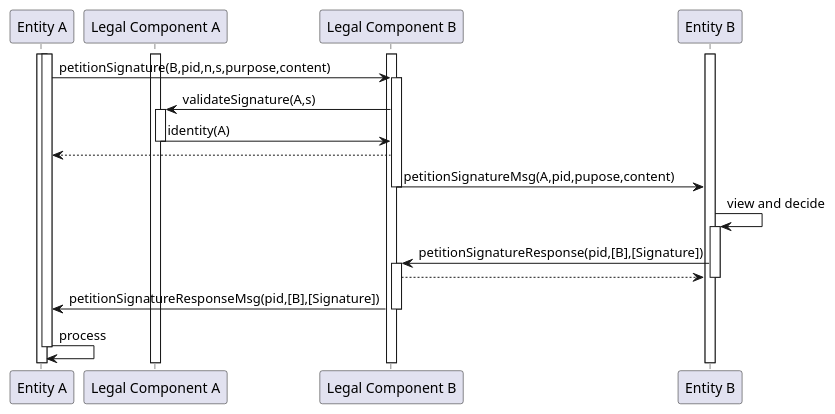
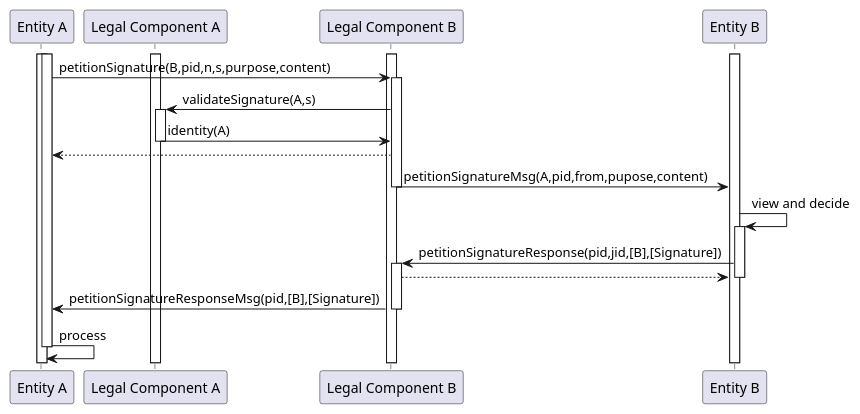
One commit to Neuro-Foundation/neuro-foundation.io changed the third of 5 diagrams in Root/neuro-foundation.io/LegalIdentities.md. Above: the diagram before and after it, drawn with PlantUML. The commit also changed other lines of this file and 3 other files, not shown here.

````diff
--- a/Root/neuro-foundation.io/LegalIdentities.md
+++ b/Root/neuro-foundation.io/LegalIdentities.md
@@ -1320,43 +1320,43 @@
 ```uml
 @startuml
 
 participant "Entity A"
 participant "Legal Component A"
 participant "Legal Component B"
 participant "Entity B"
 
 activate "Entity A"
 activate "Entity B"
 activate "Legal Component A"
 activate "Legal Component B"
 
 activate "Entity A"
 "Entity A" -> "Legal Component B" : petitionSignature(B,pid,n,s,purpose,content)
 activate "Legal Component B"
 
 "Legal Component B" -> "Legal Component A" : validateSignature(A,s)
 activate "Legal Component A"
 "Legal Component A" -> "Legal Component B" : identity(A)
 deactivate "Legal Component A"
 
 "Legal Component B" --> "Entity A"
 
-"Legal Component B" -> "Entity B" : petitionSignatureMsg(A,pid,pupose,content)
+"Legal Component B" -> "Entity B" : petitionSignatureMsg(A,pid,from,pupose,content)
 deactivate "Legal Component B"
 
 "Entity B" -> "Entity B" : view and decide
 activate "Entity B"
 
-"Entity B" -> "Legal Component B" : petitionSignatureResponse(pid,[B],[Signature])
+"Entity B" -> "Legal Component B" : petitionSignatureResponse(pid,jid,[B],[Signature])
 activate "Legal Component B"
 "Legal Component B" --> "Entity B"
 deactivate "Entity B"
 
 "Legal Component B" -> "Entity A" : petitionSignatureResponseMsg(pid,[B],[Signature])
 deactivate "Legal Component B"
 
 "Entity A" -> "Entity A" : process
 deactivate "Entity A"
 
 @enduml
 ```
````
